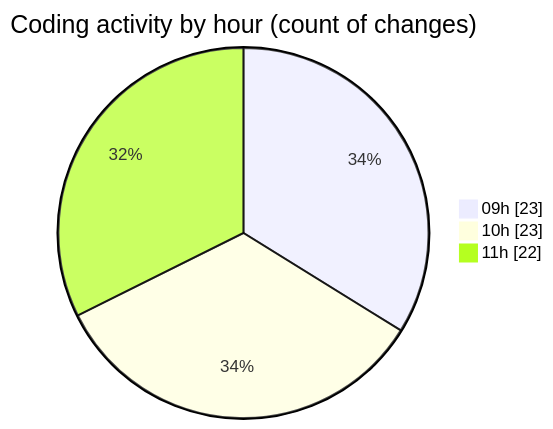
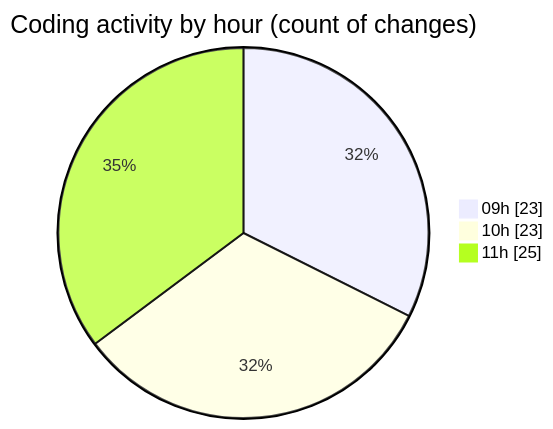
Before and after one commit to momahboobian/code-tracking: the second of 2 diagrams in 2025-10-23/cda/README.md, drawn with Mermaid. The commit also changed other lines of this file and 1 other file, not shown here.

````diff
--- a/2025-10-23/cda/README.md
+++ b/2025-10-23/cda/README.md
@@ -31,7 +31,7 @@
 ```mermaid
 pie showData
 title Coding activity by hour (count of changes)
 "09h" : 23
 "10h" : 23
-"11h" : 22
+"11h" : 25
 ```
````
